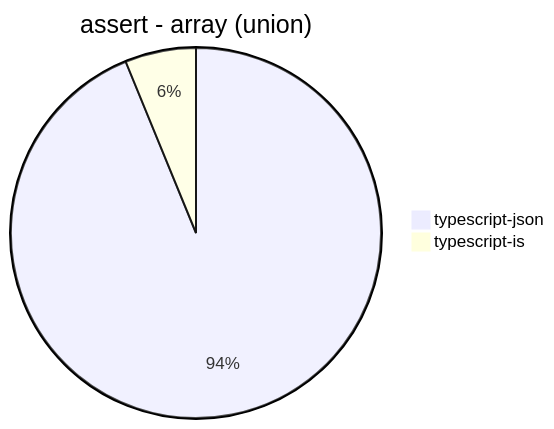
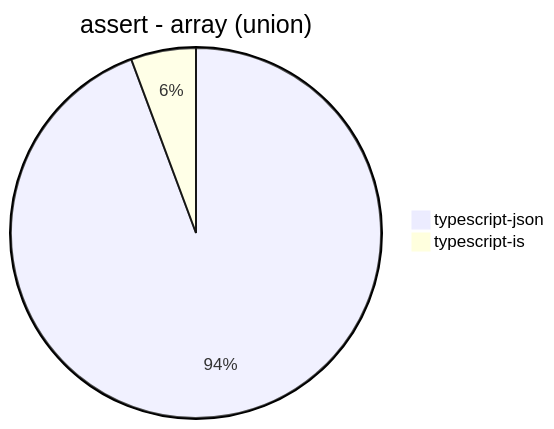
One commit to samchon/typia changed the fifth of 30 diagrams in benchmark/results/AMD Ryzen 7 5800H with Radeon Graphics         .md. Above: the diagram before and after it, drawn with Mermaid. The commit also changed other lines of this file, not shown here.

````diff
--- a/benchmark/results/AMD Ryzen 7 5800H with Radeon Graphics         .md
+++ b/benchmark/results/AMD Ryzen 7 5800H with Radeon Graphics         .md
@@ -45,5 +45,5 @@
 ```mermaid
 pie title assert - array (union)
-  "typescript-json": 3619.923511200146
-  "typescript-is": 239.20204978038066
+  "typescript-json": 3529.6064729680033
+  "typescript-is": 212.5998547567175
 ```
````
